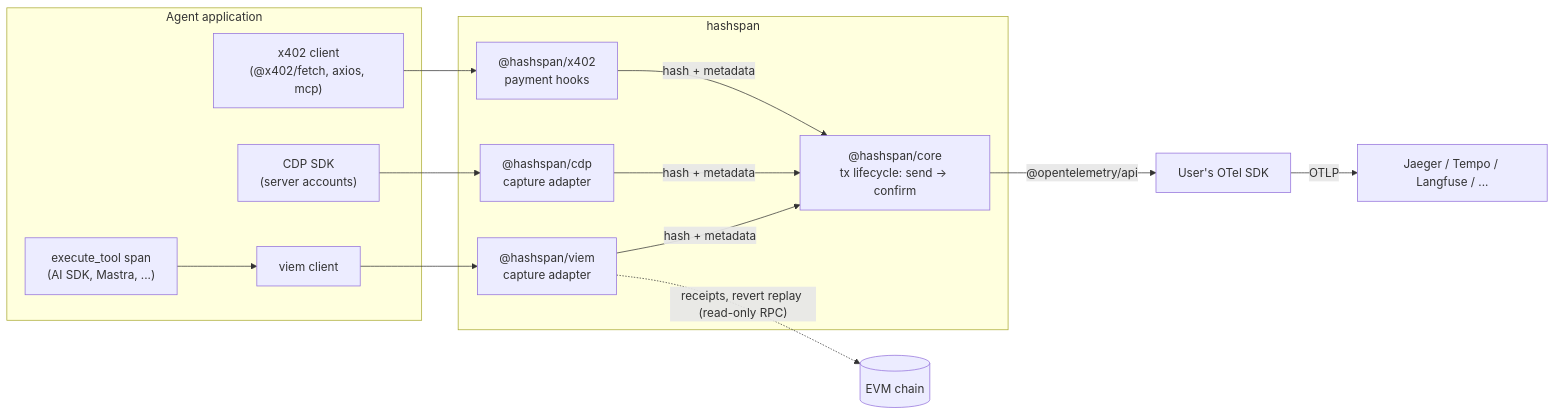
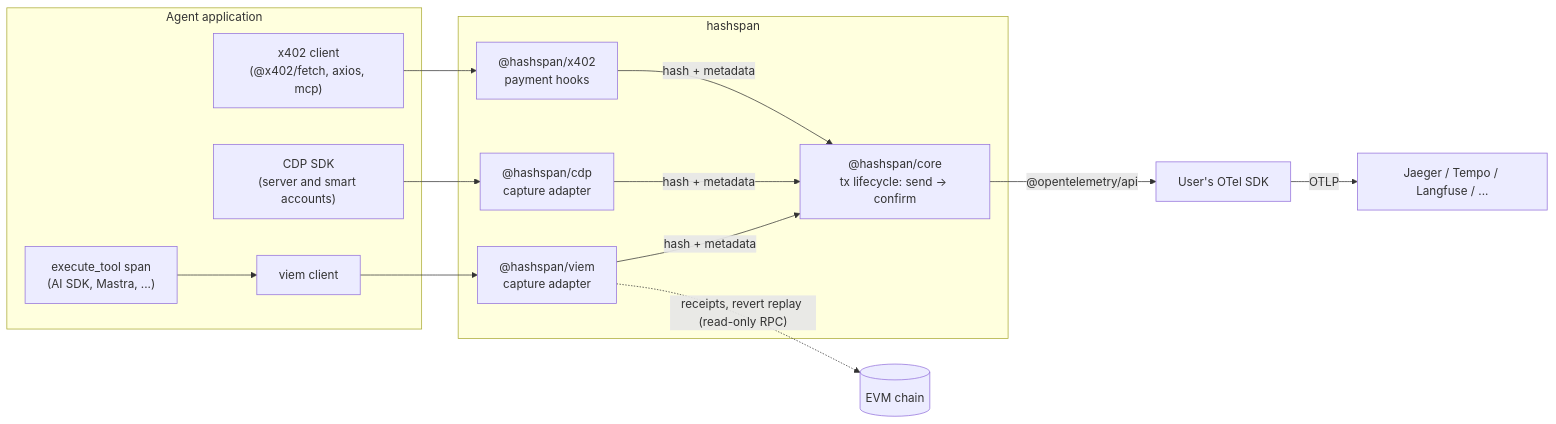
One commit to selimaytac/hashspan changed the diagram in docs/architecture.md. Above: the diagram before and after it, drawn with Mermaid. The commit also changed other lines of this file and 5 other files, not shown here.

First line of the commit message:
docs: describe CDP smart accounts and accept ADR 0021 (#184)

````diff
--- a/docs/architecture.md
+++ b/docs/architecture.md
@@ -3,21 +3,21 @@
 ```mermaid
 flowchart LR
   subgraph App["Agent application"]
     Tool["execute_tool span<br/>(AI SDK, Mastra, ...)"]
     Viem["viem client"]
-    CDP["CDP SDK<br/>(server accounts)"]
+    CDP["CDP SDK<br/>(server and smart accounts)"]
     X402["x402 client<br/>(@x402/fetch, axios, mcp)"]
   end
   subgraph Lib["hashspan"]
     VA["@hashspan/viem<br/>capture adapter"]
     CA["@hashspan/cdp<br/>capture adapter"]
     XA["@hashspan/x402<br/>payment hooks"]
     Core["@hashspan/core<br/>tx lifecycle: send → confirm"]
   end
   Tool --> Viem --> VA
   CDP --> CA
   X402 --> XA
   VA & CA & XA -- "hash + metadata" --> Core
   Core -- "@opentelemetry/api" --> SDK["User's OTel SDK"] -- OTLP --> BE["Jaeger / Tempo / Langfuse / ..."]
   VA -. "receipts, revert replay (read-only RPC)" .-> Chain[("EVM chain")]
 ```
````
